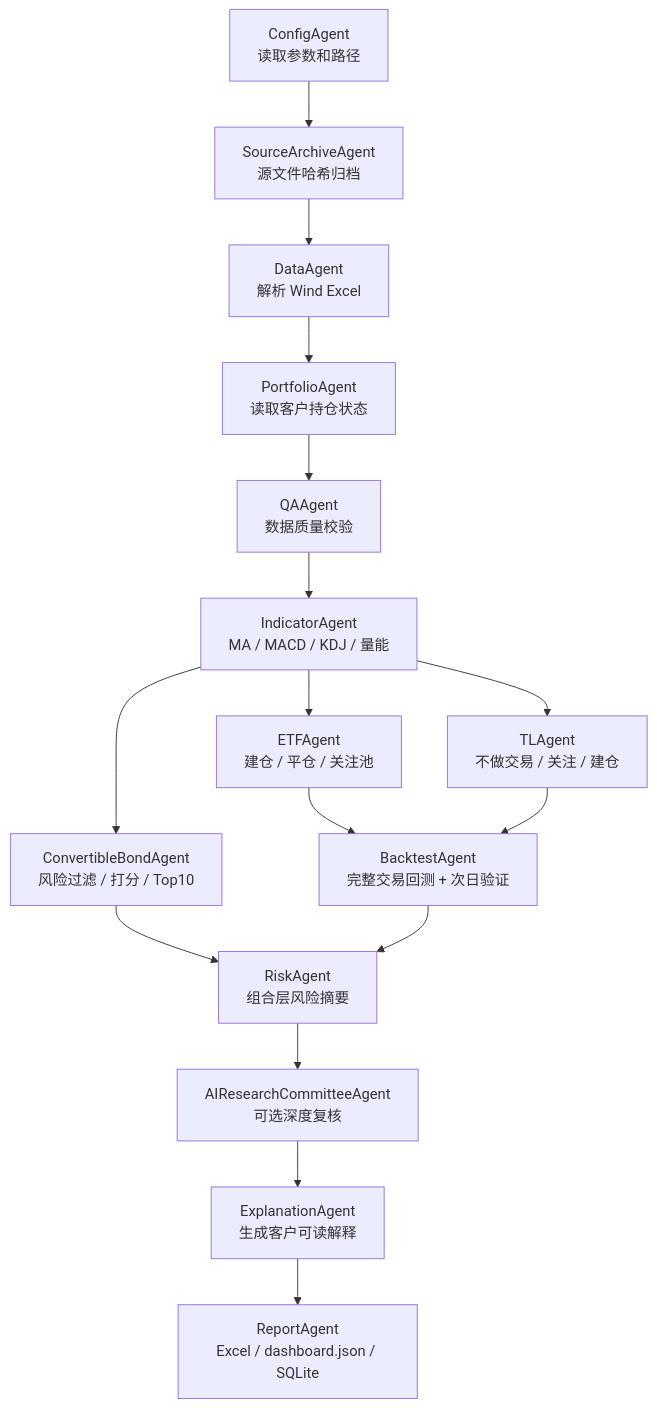
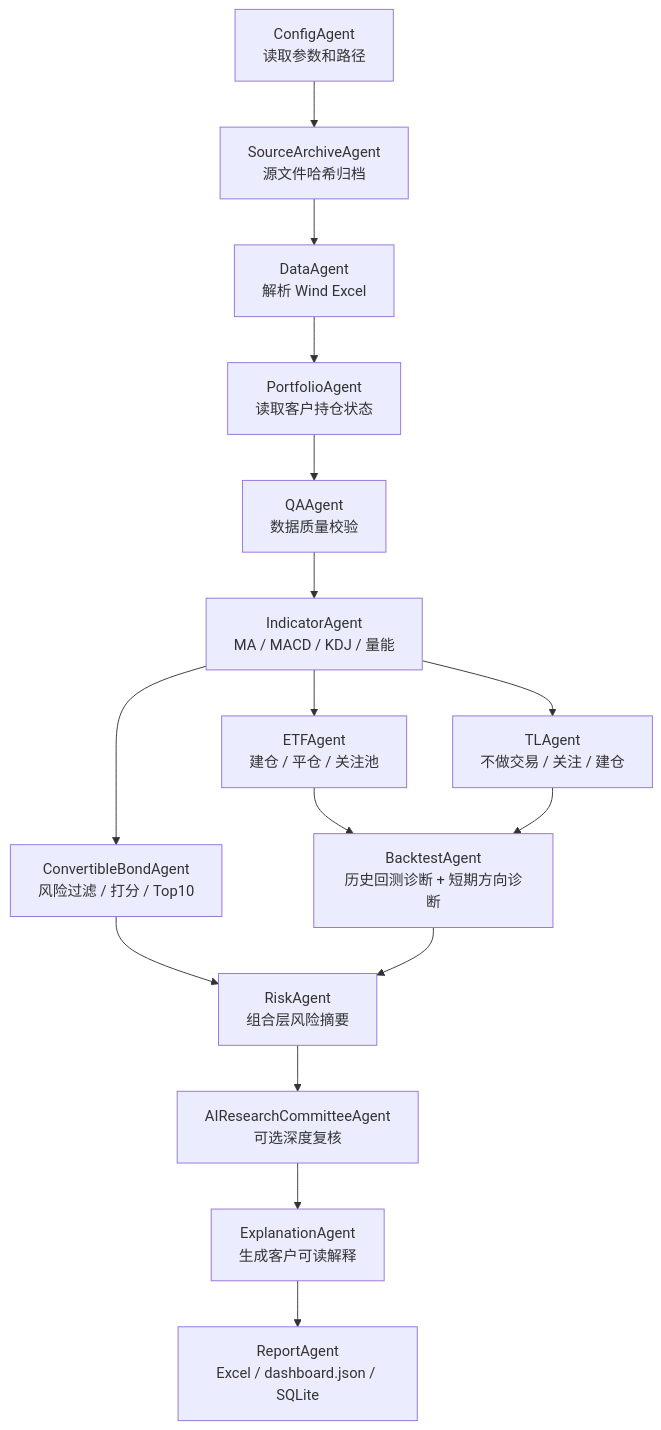
One commit to Gmasterzhangxinyang/AI-investment changed the second of 3 diagrams in README.md. Above: the diagram before and after it, drawn with Mermaid. The commit also changed other lines of this file and 35 other files, not shown here.

````diff
--- a/README.md
+++ b/README.md
@@ -102,18 +109,18 @@
 ```mermaid
 flowchart TD
     A["ConfigAgent<br/>读取参数和路径"] --> B["SourceArchiveAgent<br/>源文件哈希归档"]
     B --> C["DataAgent<br/>解析 Wind Excel"]
     C --> D["PortfolioAgent<br/>读取客户持仓状态"]
     D --> E["QAAgent<br/>数据质量校验"]
     E --> F["IndicatorAgent<br/>MA / MACD / KDJ / 量能"]
     F --> G["ETFAgent<br/>建仓 / 平仓 / 关注池"]
     F --> H["TLAgent<br/>不做交易 / 关注 / 建仓"]
     F --> I["ConvertibleBondAgent<br/>风险过滤 / 打分 / Top10"]
-    G --> J["BacktestAgent<br/>完整交易回测 + 次日验证"]
+    G --> J["BacktestAgent<br/>历史回测诊断 + 短期方向诊断"]
     H --> J
     I --> K["RiskAgent<br/>组合层风险摘要"]
     J --> K
     K --> L["AIResearchCommitteeAgent<br/>可选深度复核"]
     L --> M["ExplanationAgent<br/>生成客户可读解释"]
     M --> N["ReportAgent<br/>Excel / dashboard.json / SQLite"]
 ```
````
